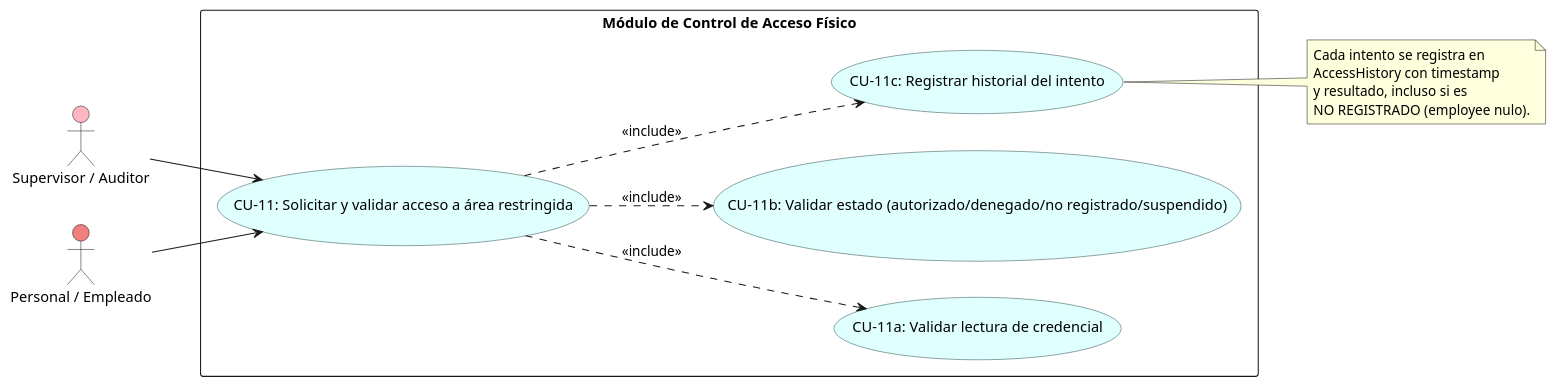
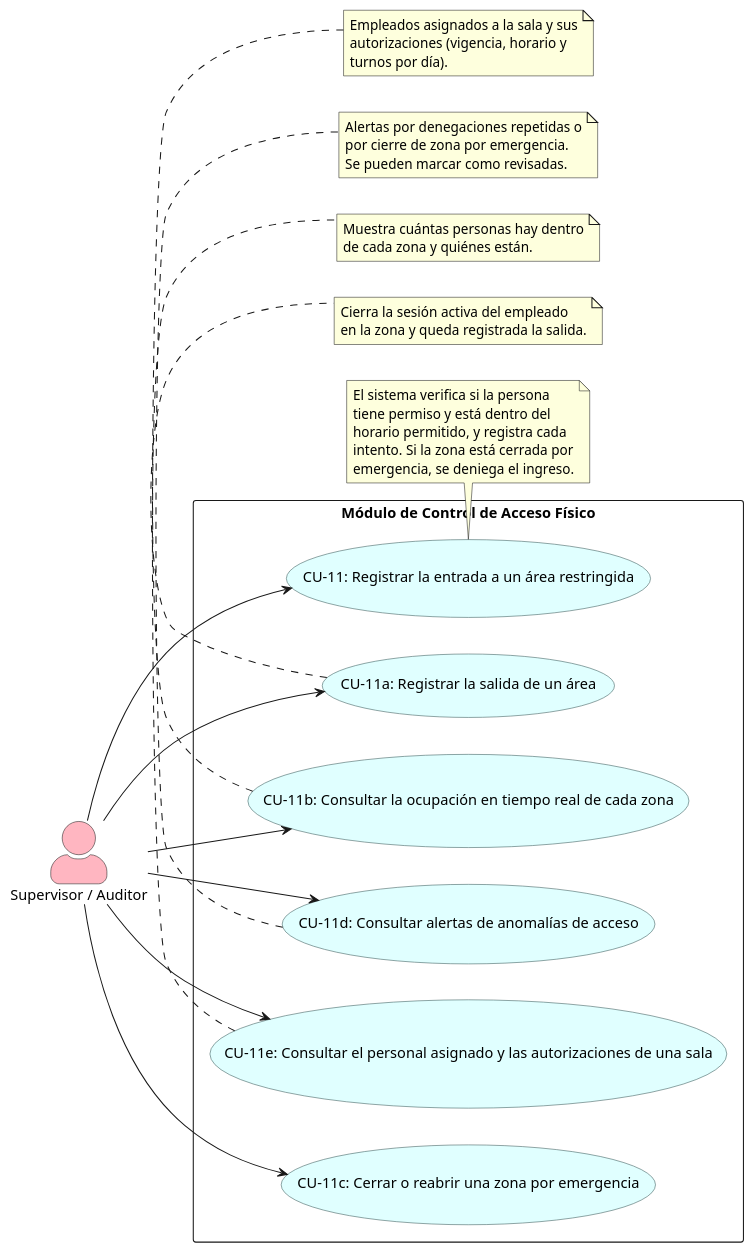
One commit to ElianMMCode/Zone-Control changed the diagram in docs/diagramas/casos_uso/05_modulo_control_acceso_fisico.puml. Above: the diagram before and after it, drawn with PlantUML. The commit also changed 5 other files, not shown here.

First line of the commit message:
docs(casos-de-uso): crear los diagramas específicos (01-06) alineados con el general

```diff
--- a/docs/diagramas/casos_uso/05_modulo_control_acceso_fisico.puml
+++ b/docs/diagramas/casos_uso/05_modulo_control_acceso_fisico.puml
@@ -1,33 +1,58 @@
 @startuml
 skinparam usecase {
     BackgroundColor LightCyan
     BorderColor DarkSlateGray
 }
+skinparam actorStyle awesome
 skinparam packageStyle rectangle
 left to right direction
 
 actor "Supervisor / Auditor" as Sup #LightPink
-actor "Personal / Empleado" as Emp #LightCoral
 
 package "Módulo de Control de Acceso Físico" {
-    usecase "CU-11: Solicitar y validar acceso a área restringida" as UC_Acc1
-    usecase "CU-11a: Validar lectura de credencial" as UC_Acc2
-    usecase "CU-11b: Validar estado (autorizado/denegado/no registrado/suspendido)" as UC_Acc3
-    usecase "CU-11c: Registrar historial del intento" as UC_Acc4
-
-    UC_Acc1 ..> UC_Acc2 : <<include>>
-    UC_Acc1 ..> UC_Acc3 : <<include>>
-    UC_Acc1 ..> UC_Acc4 : <<include>>
+    usecase "CU-11: Registrar la entrada a un área restringida" as UC_Acc1
+    usecase "CU-11a: Registrar la salida de un área" as UC_Acc2
+    usecase "CU-11b: Consultar la ocupación en tiempo real de cada zona" as UC_Acc3
+    usecase "CU-11c: Cerrar o reabrir una zona por emergencia" as UC_Acc4
+    usecase "CU-11d: Consultar alertas de anomalías de acceso" as UC_Acc5
+    usecase "CU-11e: Consultar el personal asignado y las autorizaciones de una sala" as UC_Acc6
 }
 
 Sup --> UC_Acc1
-Emp --> UC_Acc1
+Sup --> UC_Acc2
+Sup --> UC_Acc3
+Sup --> UC_Acc4
+Sup --> UC_Acc5
+Sup --> UC_Acc6
 
-note right of UC_Acc4
-  Cada intento se registra en
-  AccessHistory con timestamp
-  y resultado, incluso si es
-  NO REGISTRADO (employee nulo).
+note bottom of UC_Acc1
+  El sistema verifica si la persona
+  tiene permiso y está dentro del
+  horario permitido, y registra cada
+  intento. Si la zona está cerrada por
+  emergencia, se deniega el ingreso.
+end note
+
+note bottom of UC_Acc2
+  Cierra la sesión activa del empleado
+  en la zona y queda registrada la salida.
+end note
+
+note bottom of UC_Acc3
+  Muestra cuántas personas hay dentro
+  de cada zona y quiénes están.
+end note
+
+note bottom of UC_Acc5
+  Alertas por denegaciones repetidas o
+  por cierre de zona por emergencia.
+  Se pueden marcar como revisadas.
+end note
+
+note bottom of UC_Acc6
+  Empleados asignados a la sala y sus
+  autorizaciones (vigencia, horario y
+  turnos por día).
 end note
 
 @enduml
```
